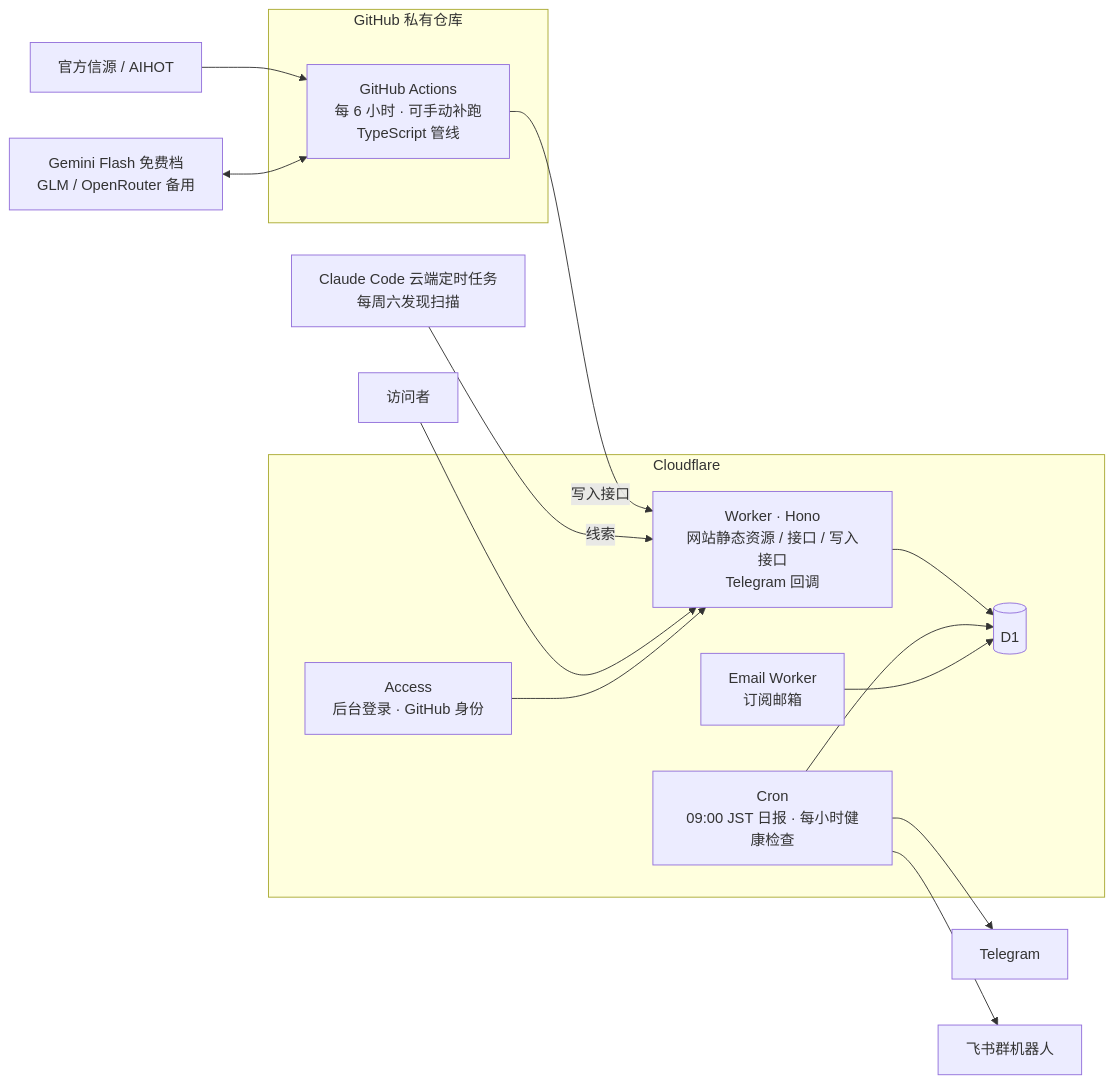
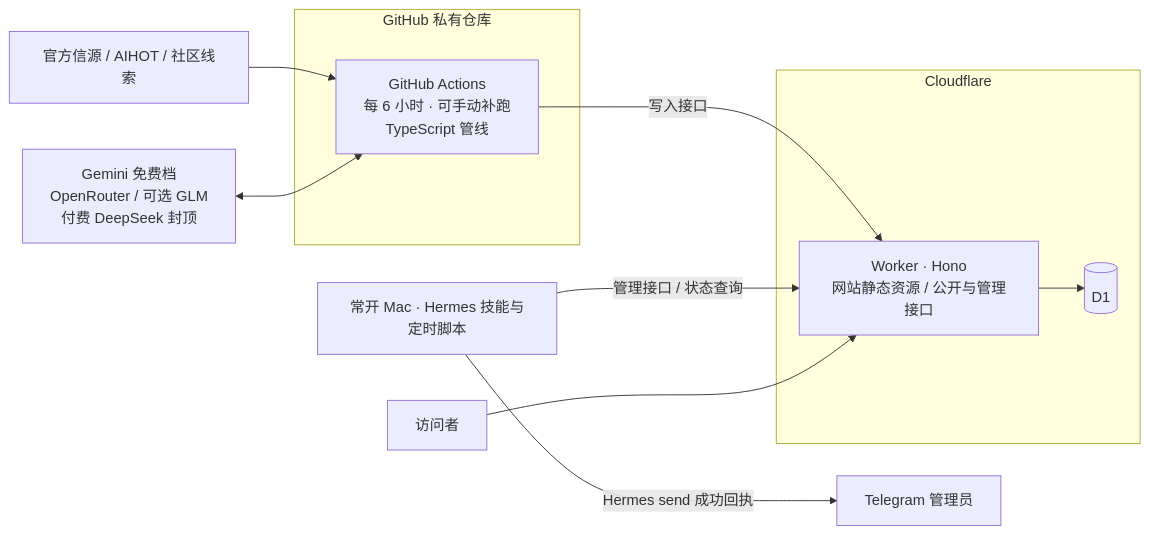
One commit to 552385743265hb-code/ai-yangmao changed the diagram in docs/design.md. Above: the diagram before and after it, drawn with Mermaid. The commit also changed other lines of this file and 37 other files, not shown here.

````diff
--- a/docs/design.md
+++ b/docs/design.md
@@ -184,23 +187,16 @@
 ```mermaid
 flowchart LR
   subgraph GH[GitHub 私有仓库]
     A[GitHub Actions<br/>每 6 小时 · 可手动补跑<br/>TypeScript 管线]
   end
   subgraph CF[Cloudflare]
-    W[Worker · Hono<br/>网站静态资源 / 接口 / 写入接口<br/>Telegram 回调]
-    C[Cron<br/>09:00 JST 日报 · 每小时健康检查]
-    E[Email Worker<br/>订阅邮箱]
+    W[Worker · Hono<br/>网站静态资源 / 公开与管理接口]
     D[(D1)]
-    X[Access<br/>后台登录 · GitHub 身份]
   end
-  S[官方信源 / AIHOT] --> A
-  L[Gemini Flash 免费档<br/>GLM / OpenRouter 备用] <--> A
+  S[官方信源 / AIHOT / 社区线索] --> A
+  L[Gemini 免费档<br/>OpenRouter / 可选 GLM<br/>付费 DeepSeek 封顶] <--> A
   A -->|写入接口| W --> D
-  C --> D
-  E --> D
-  C --> T[Telegram]
-  C --> F[飞书群机器人]
-  R[Claude Code 云端定时任务<br/>每周六发现扫描] -->|线索| W
+  H[常开 Mac · Hermes 技能与定时脚本] -->|管理接口 / 状态查询| W
+  H -->|Hermes send 成功回执| T[Telegram 管理员]
   U[访问者] --> W
-  X --> W
 ```
````
